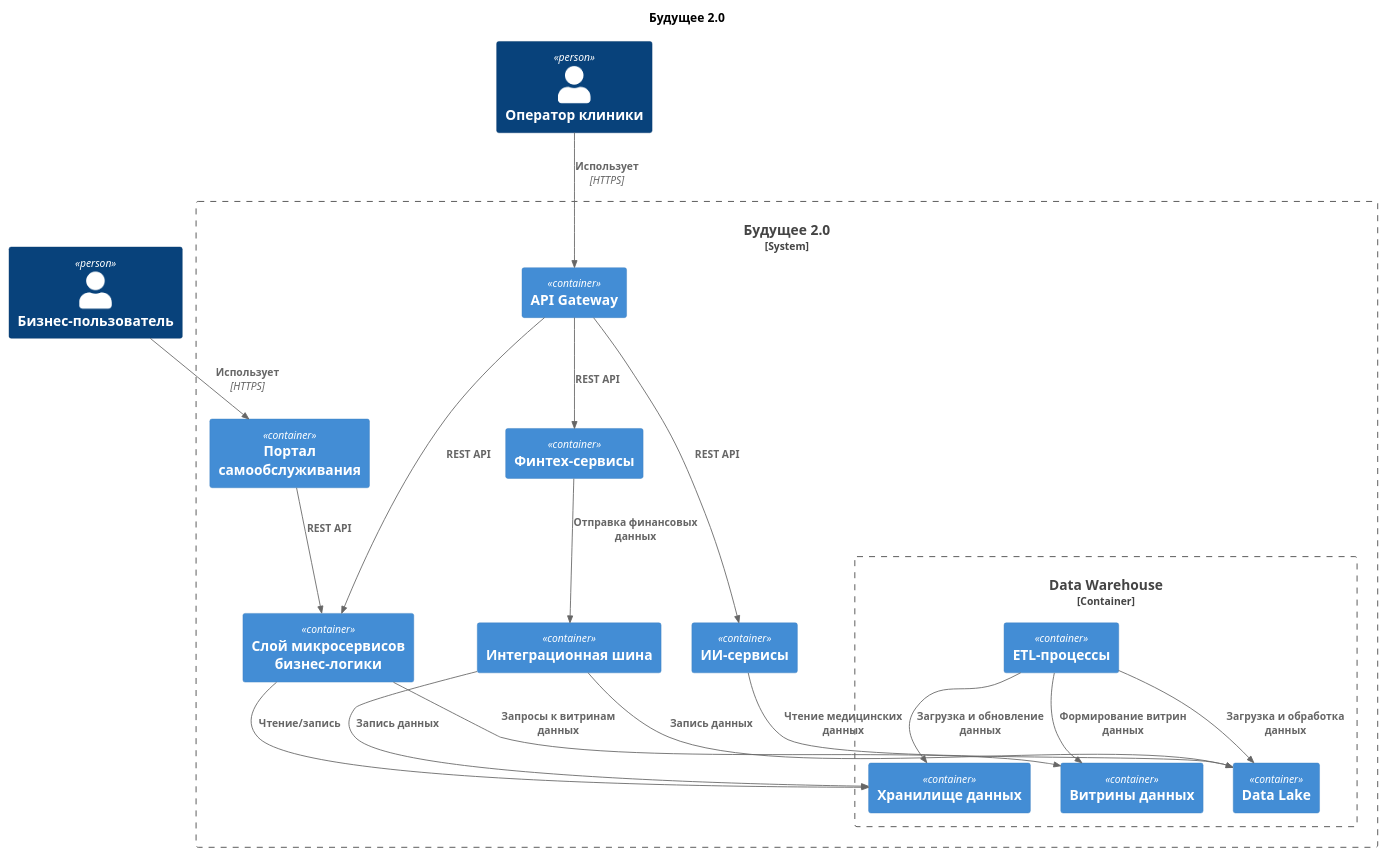
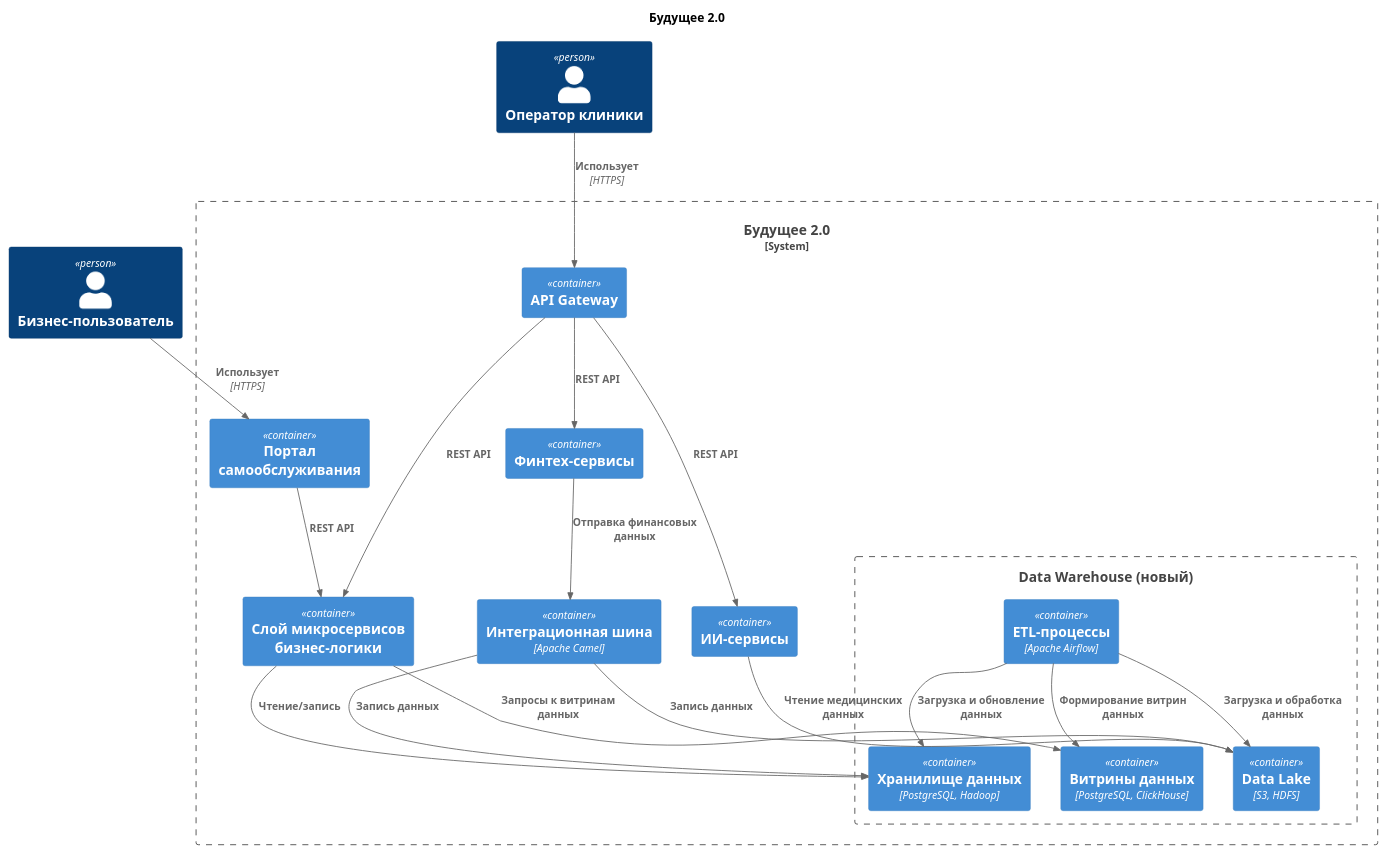
Before and after one commit to xromatron/yap-architecture-sprint-11: the diagram in Task1/C4_Container.puml, drawn with PlantUML.

Commit message:
Task 1 fix

```diff
--- a/Task1/C4_Container.puml
+++ b/Task1/C4_Container.puml
@@ -1,51 +1,51 @@
 @startuml
 
 title "Будущее 2.0"
 
 !include https://raw.githubusercontent.com/plantuml-stdlib/C4-PlantUML/master/C4_Container.puml
 
 Person(businessUser, "Бизнес-пользователь")
 Person(operator, "Оператор клиники")
 
 System_Boundary(system, "Будущее 2.0") {
 
     Container(portal, "Портал самообслуживания")
 
-    Container_Boundary(dwh, "Data Warehouse") {
-        Container(storage, "Хранилище данных")
-        Container(dataLake, "Data Lake")
-        Container(etl, "ETL-процессы")
-        Container(dataMart, "Витрины данных")
+    Boundary(dwh, "Data Warehouse (новый)") {
+        Container(storage, "Хранилище данных", "PostgreSQL, Hadoop")
+        Container(dataLake, "Data Lake", "S3, HDFS")
+        Container(etl, "ETL-процессы", "Apache Airflow")
+        Container(dataMart, "Витрины данных", "PostgreSQL, ClickHouse")
     }
 
     Container(apps, "Слой микросервисов бизнес-логики")
 
     Container(apiGateway, "API Gateway")
 
     Container(aiServices, "ИИ-сервисы")
     Container(finServices, "Финтех-сервисы")
 
-    Container(integration, "Интеграционная шина")
+    Container(integration, "Интеграционная шина", "Apache Camel")
 }
 
 Rel(businessUser, portal, "Использует", "HTTPS")
 Rel(operator, apiGateway, "Использует", "HTTPS")
 
 Rel(portal, apps, "REST API")
 Rel(apps, dataMart, "Запросы к витринам данных")
 Rel(apps, storage, "Чтение/запись")
 
 Rel(etl, dataLake, "Загрузка и обработка данных")
 Rel(etl, storage, "Загрузка и обновление данных")
 Rel(etl, dataMart, "Формирование витрин данных")
 
 Rel(apiGateway, apps, "REST API")
 Rel(apiGateway, aiServices, "REST API")
 Rel(apiGateway, finServices, "REST API")
 
 Rel(aiServices, dataLake, "Чтение медицинских данных")
 Rel(finServices, integration, "Отправка финансовых данных")
 Rel(integration, dataLake, "Запись данных")
 Rel(integration, storage, "Запись данных")
 
 @enduml
```
